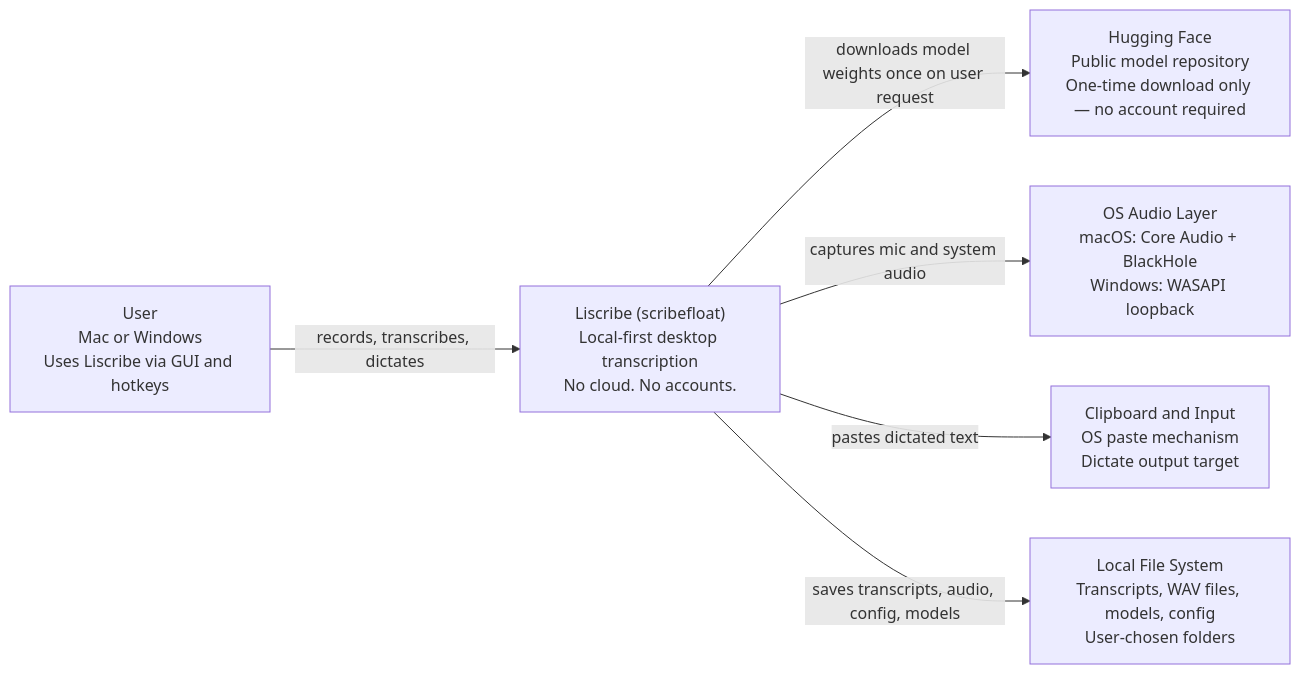
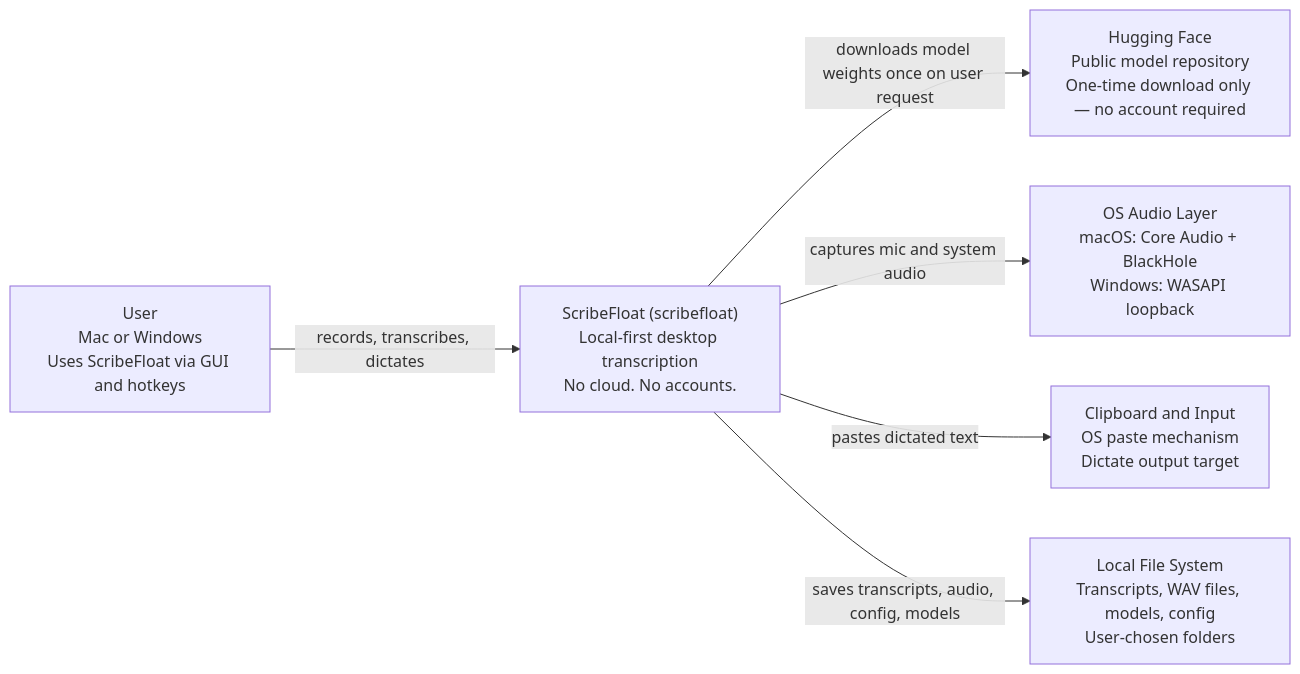
The first of 10 diagrams in context/architecture.md (Lenniott/scribeFloat), drawn with Mermaid before and after one commit. The commit also changed 8 other files, not shown here.

````diff
--- a/context/architecture.md
+++ b/context/architecture.md
@@ -13,15 +13,15 @@
 ```mermaid
 graph LR
-    user["User\nMac or Windows\nUses Liscribe via GUI and hotkeys"]
-    scribefloat["Liscribe (scribefloat)\nLocal-first desktop transcription\nNo cloud. No accounts."]
+    user["User\nMac or Windows\nUses ScribeFloat via GUI and hotkeys"]
+    scribefloat["ScribeFloat (scribefloat)\nLocal-first desktop transcription\nNo cloud. No accounts."]
     hf["Hugging Face\nPublic model repository\nOne-time download only — no account required"]
     audio["OS Audio Layer\nmacOS: Core Audio + BlackHole\nWindows: WASAPI loopback"]
     clipboard["Clipboard and Input\nOS paste mechanism\nDictate output target"]
     fs["Local File System\nTranscripts, WAV files, models, config\nUser-chosen folders"]
 
     user -->|"records, transcribes, dictates"| scribefloat
     scribefloat -->|"downloads model weights once on user request"| hf
     scribefloat -->|"captures mic and system audio"| audio
     scribefloat -->|"pastes dictated text"| clipboard
     scribefloat -->|"saves transcripts, audio, config, models"| fs
 ```
````
